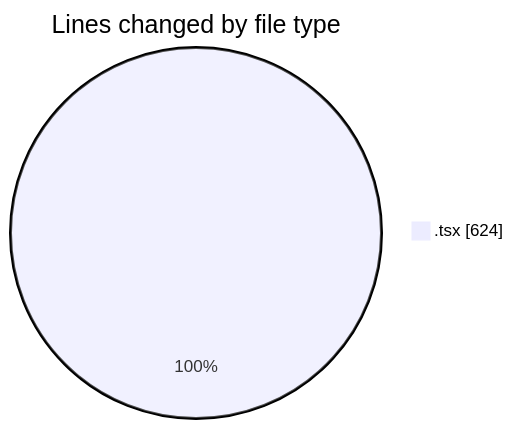
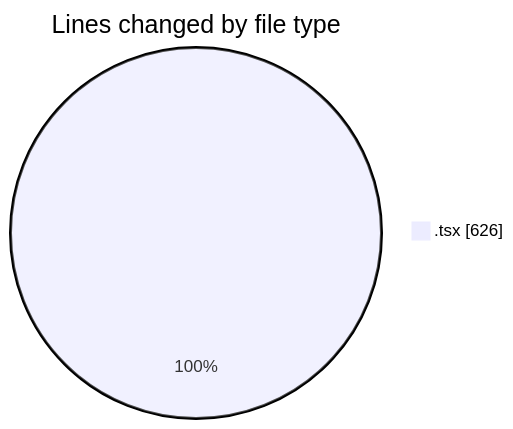
One commit to NitaiMahat/code-tracking changed the first of 2 diagrams in 2025-08-06/pif/README.md. Above: the diagram before and after it, drawn with Mermaid. The commit also changed other lines of this file and 1 other file, not shown here.

````diff
--- a/2025-08-06/pif/README.md
+++ b/2025-08-06/pif/README.md
@@ -21,5 +21,5 @@
 ```mermaid
 pie showData
 title Lines changed by file type
-".tsx" : 624
+".tsx" : 626
 ```
````
